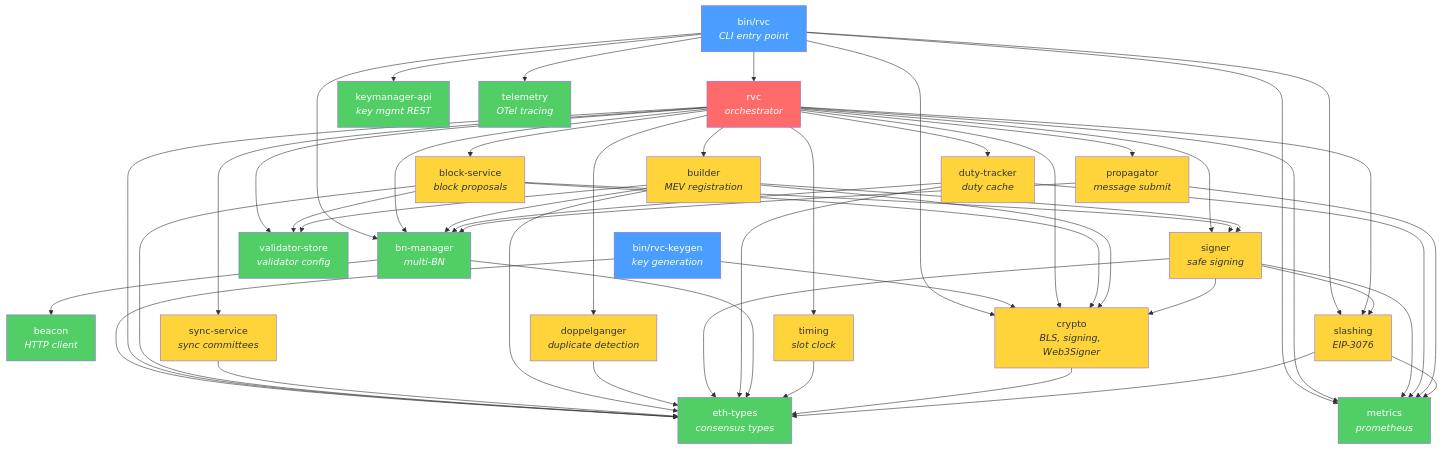
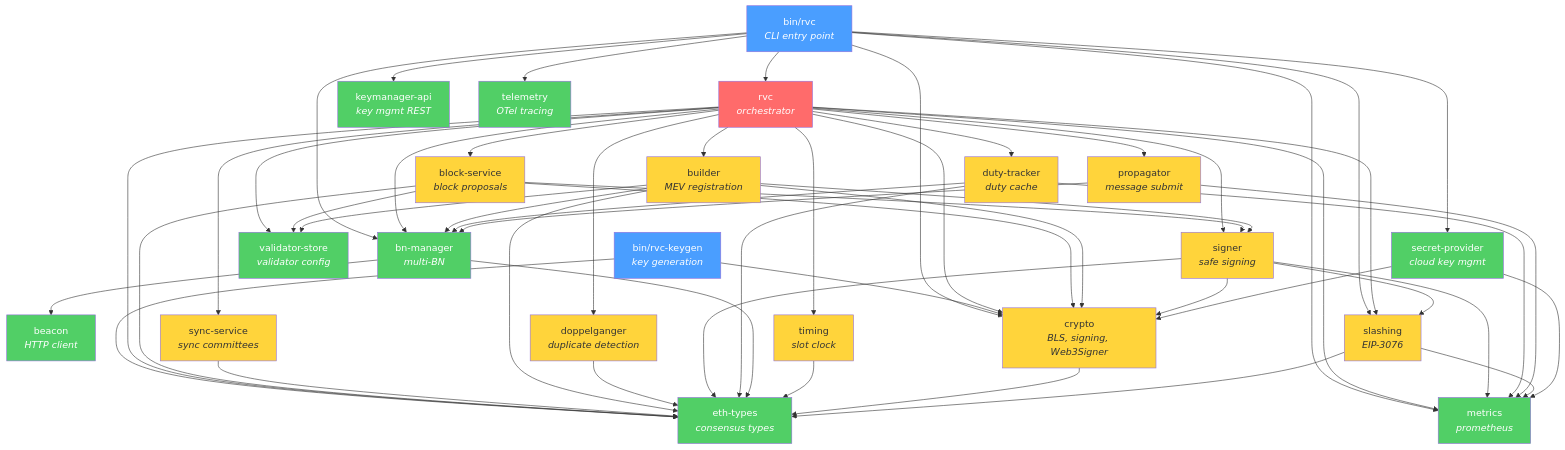
One commit to dsrvlabs/rvc changed the second of 8 diagrams in ARCHITECTURE.md. Above: the diagram before and after it, drawn with Mermaid. The commit also changed other lines of this file and 2 other files, not shown here.

First line of the commit message:
docs: update architecture, README, and running guide for secret-provider crate

````diff
--- a/ARCHITECTURE.md
+++ b/ARCHITECTURE.md
@@ -62,6 +64,7 @@
     VSTORE["validator-store<br/><i>validator config</i>"]
     KMA["keymanager-api<br/><i>key mgmt REST</i>"]
     TEL["telemetry<br/><i>OTel tracing</i>"]
+    SP["secret-provider<br/><i>cloud key mgmt</i>"]
 
     BIN --> RVC
     BIN --> BNM
@@ -70,6 +73,7 @@
     BIN --> KMA
     BIN --> SLASHING
     BIN --> TEL
+    BIN --> SP
 
     KEYGEN --> CRYPTO
     KEYGEN --> ETH
@@ -125,6 +129,9 @@
     SLASHING --> ETH
     SLASHING --> METRICS
 
+    SP --> CRYPTO
+    SP --> METRICS
+
     style BIN fill:#4a9eff,color:#fff
     style KEYGEN fill:#4a9eff,color:#fff
     style RVC fill:#ff6b6b,color:#fff
@@ -145,4 +152,5 @@
     style SYNC fill:#ffd43b,color:#333
     style DOPP fill:#ffd43b,color:#333
     style BUILD fill:#ffd43b,color:#333
+    style SP fill:#51cf66,color:#fff
 ```
````
